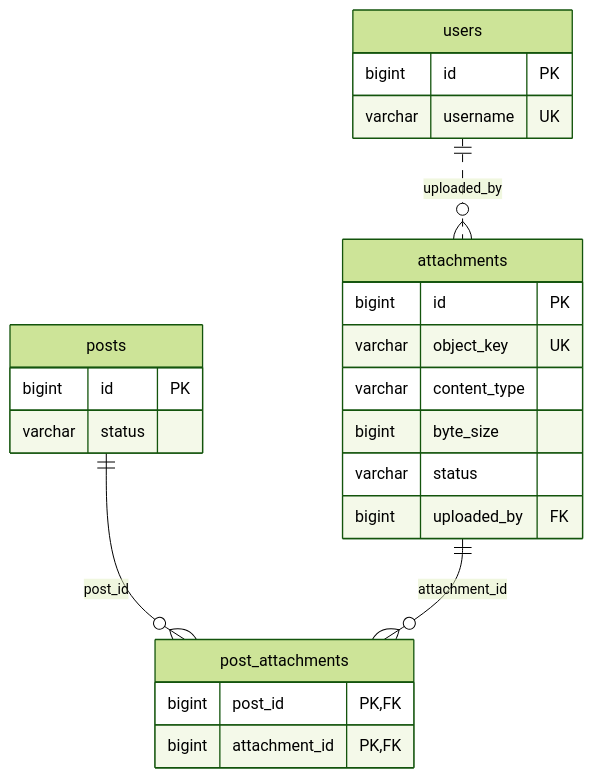
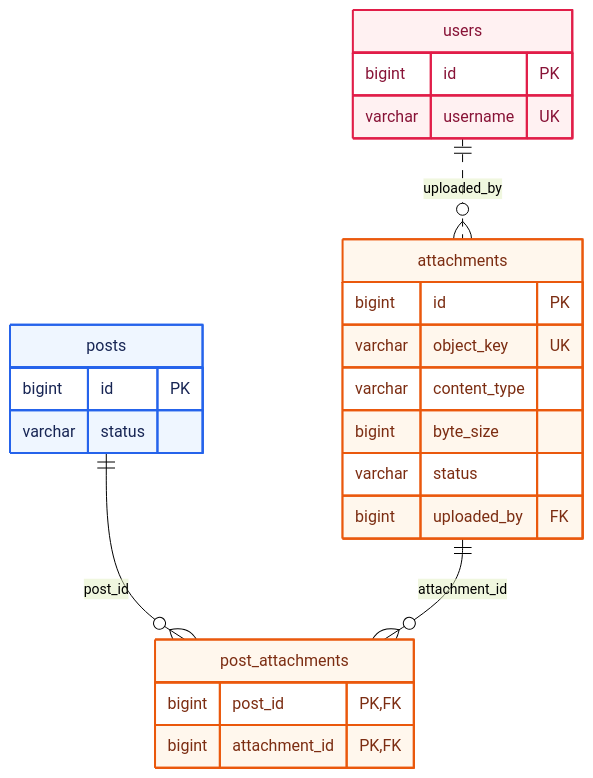
One commit to gjaku1031/ken-blog changed the fourth of 4 diagrams in content/posts/post-f9235d74-4d5b-4705-8f59-ba3511bd50e9.md. Above: the diagram before and after it, drawn with Mermaid (forest theme). The commit also changed other lines of this file and 3 other files, not shown here.

Commit message:
feat: add full ERD with role colors and theme-aware rendering

````diff
--- a/content/posts/post-f9235d74-4d5b-4705-8f59-ba3511bd50e9.md
+++ b/content/posts/post-f9235d74-4d5b-4705-8f59-ba3511bd50e9.md
@@ -137,27 +265,33 @@
 ```mermaid
 erDiagram
     direction TB
     posts ||--o{ post_attachments : post_id
     attachments ||--o{ post_attachments : attachment_id
     users ||..o{ attachments : uploaded_by
     posts {
         bigint id PK
         varchar status
     }
     post_attachments {
         bigint post_id PK, FK
         bigint attachment_id PK, FK
     }
     attachments {
         bigint id PK
         varchar object_key UK
         varchar content_type
         bigint byte_size
         varchar status
         bigint uploaded_by FK
     }
     users {
         bigint id PK
         varchar username UK
     }
+    classDef content fill:#eff6ff,stroke:#2563eb,color:#172554,stroke-width:2px
+    classDef media fill:#fff7ed,stroke:#ea580c,color:#7c2d12,stroke-width:2px
+    classDef auth fill:#fff1f2,stroke:#e11d48,color:#881337,stroke-width:2px
+    class posts content
+    class post_attachments,attachments media
+    class users auth
 ```
````
